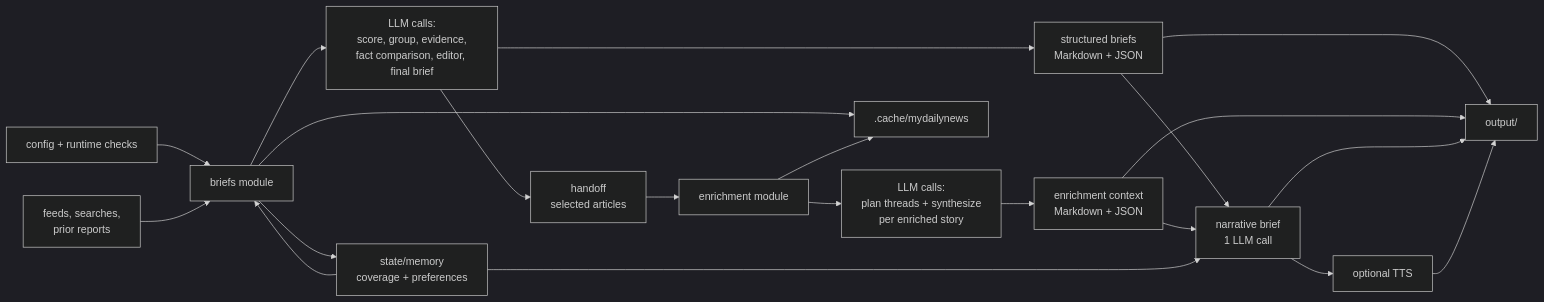
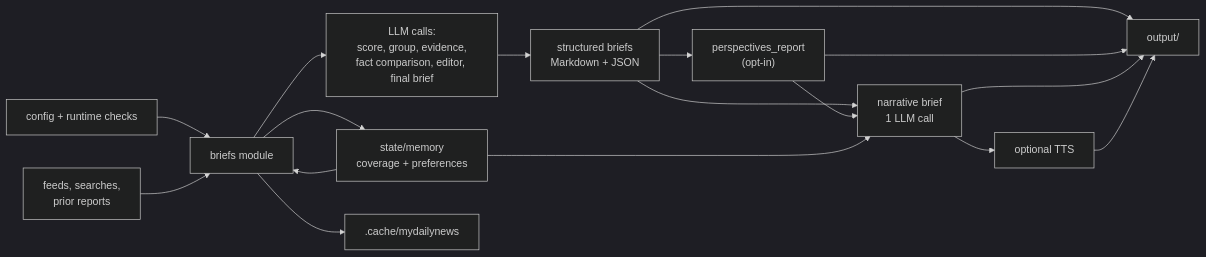
The diagram in README.md (HorizonEngine24798/MyDailyNews), drawn with Mermaid (dark theme) before and after one commit. The commit also changed 68 other files, not shown here.

````diff
--- a/README.md
+++ b/README.md
@@ -48,23 +48,19 @@
 ```mermaid
 flowchart LR
     CONFIG["config + runtime checks"] --> BRIEFS["briefs module"]
     SOURCES["feeds, searches,<br/>prior reports"] --> BRIEFS
     MEMORY["state/memory<br/>coverage + preferences"] --> BRIEFS
     BRIEFS --> BRIEF_CALLS["LLM calls:<br/>score, group, evidence,<br/>fact comparison, editor, final brief"]
     BRIEF_CALLS --> STRUCTURED["structured briefs<br/>Markdown + JSON"]
-    BRIEF_CALLS --> HANDOFF["handoff<br/>selected articles"]
-    HANDOFF --> ENRICH["enrichment module"]
-    ENRICH --> ENRICH_CALLS["LLM calls:<br/>plan threads + synthesize<br/>per enriched story"]
-    ENRICH_CALLS --> ENRICHED["enrichment context<br/>Markdown + JSON"]
+    STRUCTURED --> PERSPECTIVES["perspectives_report<br/>(opt-in)"]
     STRUCTURED --> NARRATIVE["narrative brief<br/>1 LLM call"]
-    ENRICHED --> NARRATIVE
+    PERSPECTIVES --> NARRATIVE
     MEMORY --> NARRATIVE
     NARRATIVE --> TTS["optional TTS"]
     STRUCTURED --> OUTPUT["output/"]
-    ENRICHED --> OUTPUT
+    PERSPECTIVES --> OUTPUT
     NARRATIVE --> OUTPUT
     TTS --> OUTPUT
     BRIEFS --> MEMORY
     BRIEFS --> CACHE[".cache/mydailynews"]
-    ENRICH --> CACHE
 ```
````
